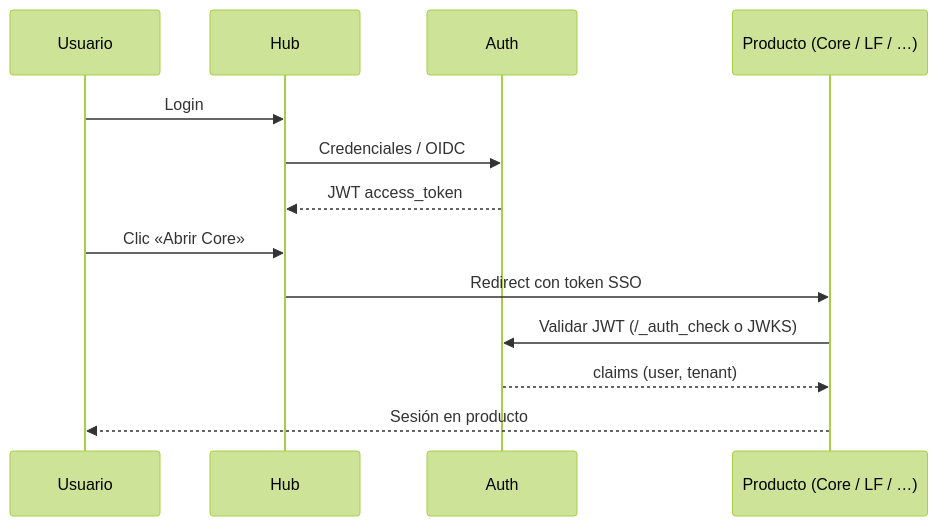
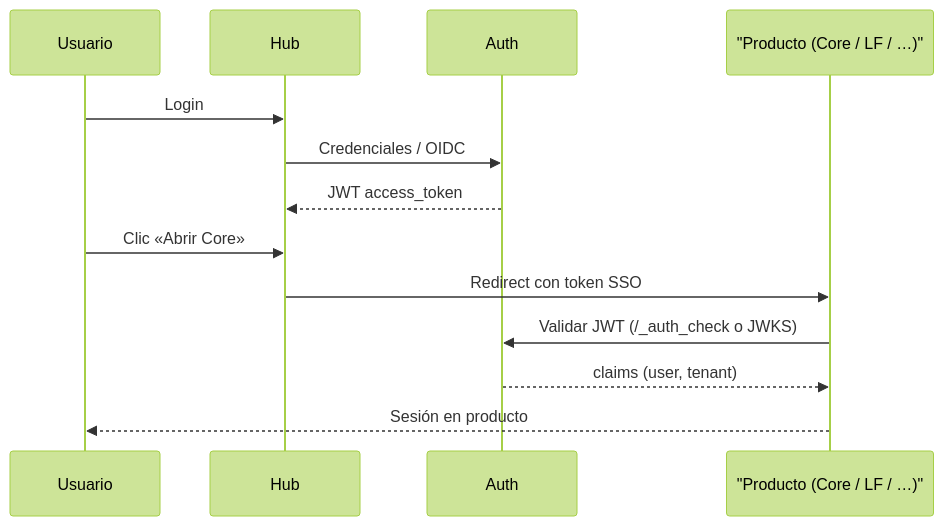
Before and after one commit to dakinissystems/dakinis-systems: the sixth of 16 diagrams in docs/ARCHITECTURE.md, drawn with Mermaid (forest theme). The commit also changed other lines of this file and 2 other files, not shown here.

Commit message:
docs: make architecture diagrams and doc links render on GitHub.

````diff
--- a/docs/ARCHITECTURE.md
+++ b/docs/ARCHITECTURE.md
@@ -206,16 +206,16 @@
 ```mermaid
 sequenceDiagram
   participant U as Usuario
   participant H as Hub
   participant A as Auth
-  participant P as Producto (Core / LF / …)
+  participant P as "Producto (Core / LF / …)"
 
   U->>H: Login
   H->>A: Credenciales / OIDC
   A-->>H: JWT access_token
   U->>H: Clic «Abrir Core»
   H->>P: Redirect con token SSO
   P->>A: Validar JWT (/_auth_check o JWKS)
   A-->>P: claims (user, tenant)
   P-->>U: Sesión en producto
 ```
````
